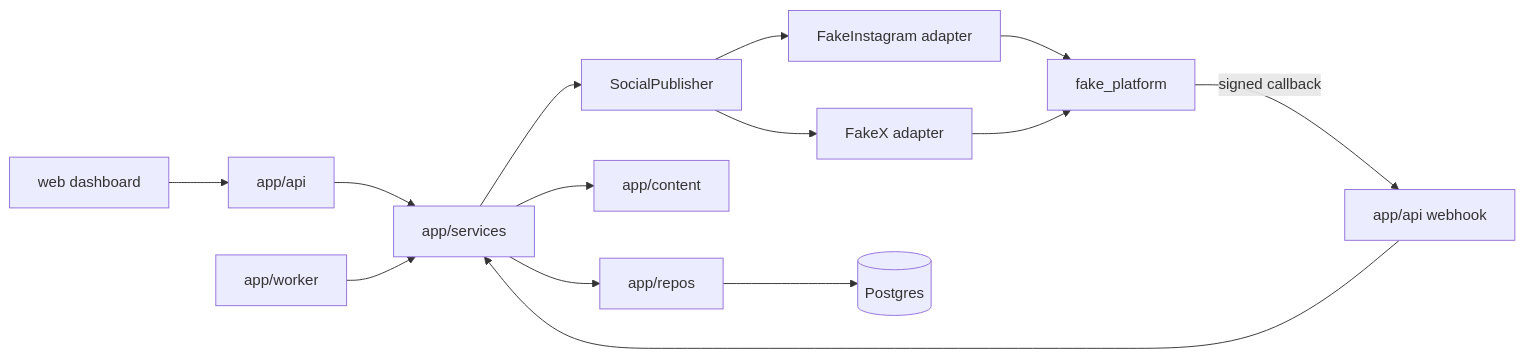
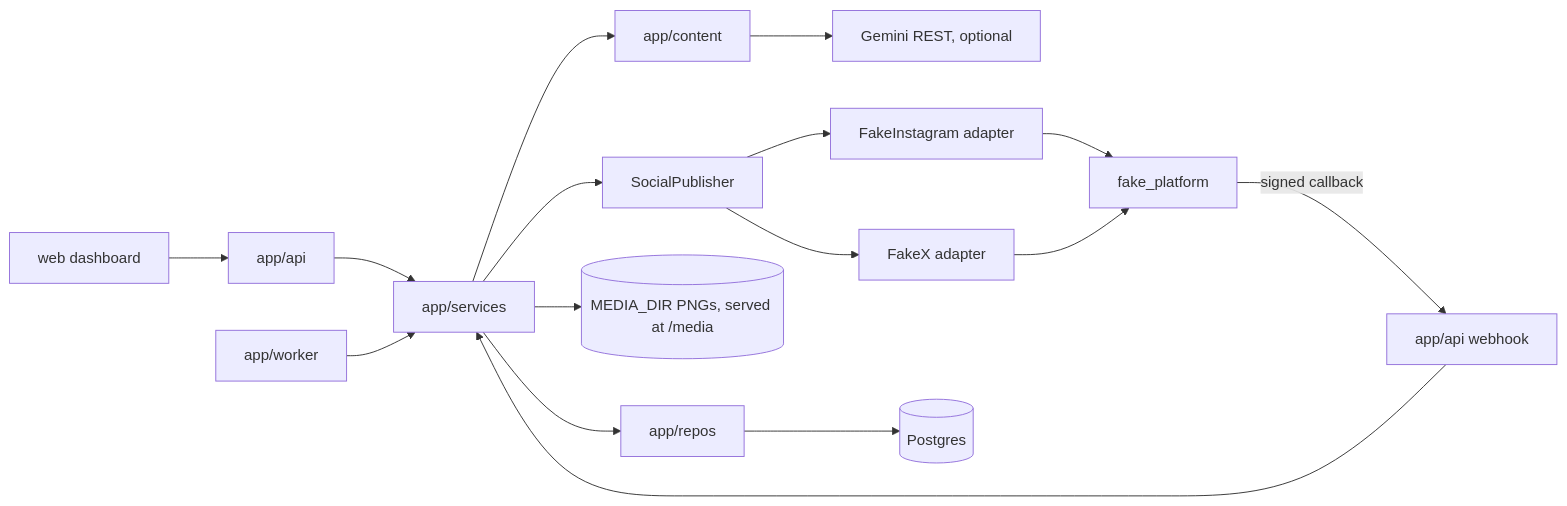
One commit to JuliusNoelMiranda18/SOCIALMEDIAMANAGER changed the diagram in vault/Architecture/System Map.md. Above: the diagram before and after it, drawn with Mermaid. The commit also changed 64 other files, not shown here.

````diff
--- a/vault/Architecture/System Map.md
+++ b/vault/Architecture/System Map.md
@@ -6,16 +6,18 @@
 ```mermaid
 flowchart LR
   API[app/api] --> SVC[app/services]
   SVC --> REPO[app/repos]
   SVC --> CONTENT[app/content]
+  SVC --> MEDIA[(MEDIA_DIR PNGs, served at /media)]
+  CONTENT --> LLM[Gemini REST, optional]
   SVC --> PUB[SocialPublisher]
   PUB --> AIG[FakeInstagram adapter]
   PUB --> AX[FakeX adapter]
   WORKER[app/worker] --> SVC
   AIG --> FAKE[fake_platform]
   AX --> FAKE
   FAKE -- signed callback --> HOOK[app/api webhook]
   HOOK --> SVC
   WEB[web dashboard] --> API
   REPO --> DB[(Postgres)]
 ```
````
